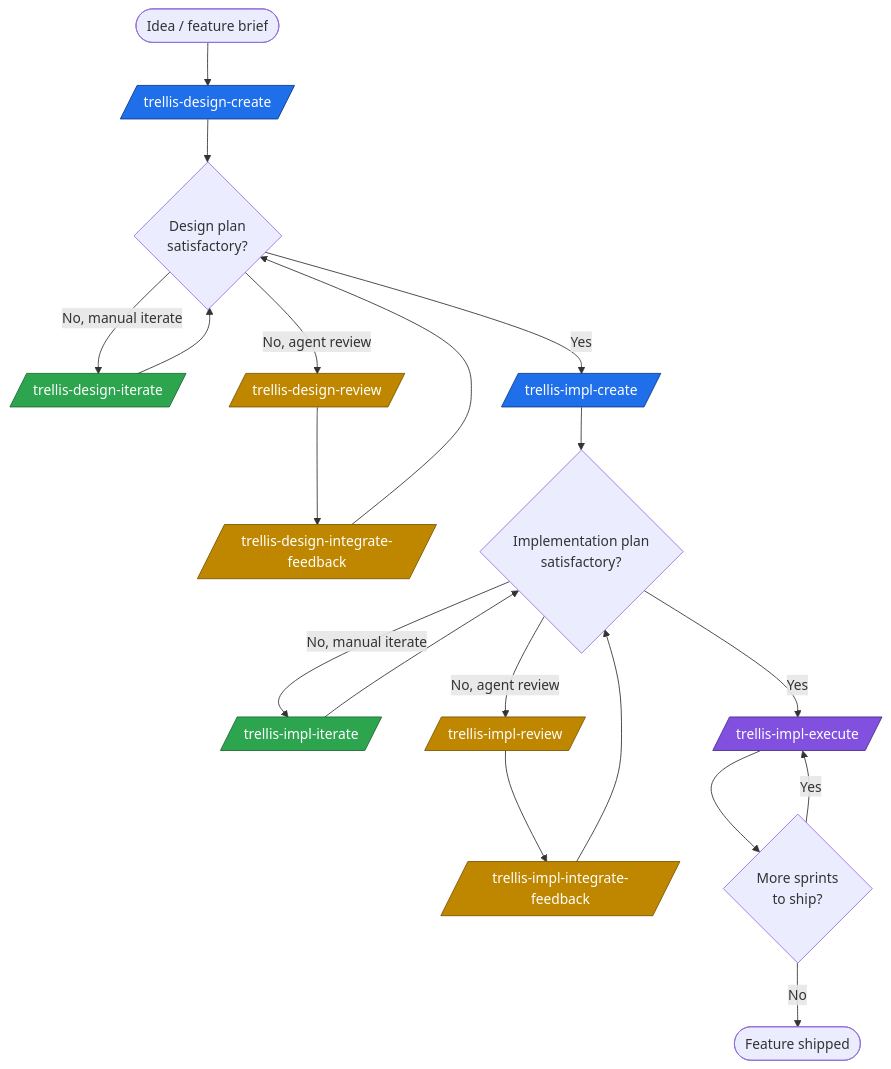
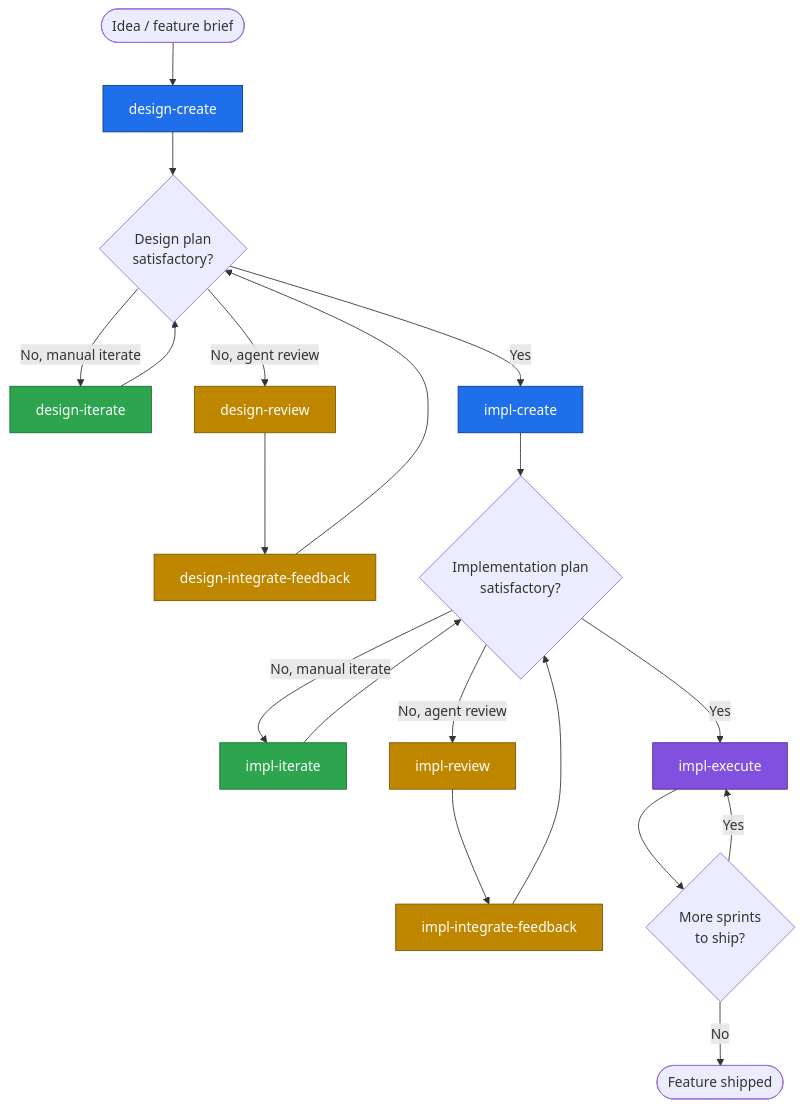
One commit to jmfieldman/Trellis changed the diagram in README.md. Above: the diagram before and after it, drawn with Mermaid. The commit also changed other lines of this file and 23 other files, not shown here.

````diff
--- a/README.md
+++ b/README.md
@@ -71,36 +71,36 @@
 ```mermaid
 flowchart TD
-    Start([Idea / feature brief]) --> DC[/trellis-design-create/]
+    Start([Idea / feature brief]) --> DC[design-create]
     DC --> DLoop{Design plan<br/>satisfactory?}
 
-    DLoop -- No, manual iterate --> DI[/trellis-design-iterate/]
+    DLoop -- No, manual iterate --> DI[design-iterate]
     DI --> DLoop
 
-    DLoop -- No, agent review --> DR[/trellis-design-review/]
-    DR --> DIF[/trellis-design-integrate-feedback/]
+    DLoop -- No, agent review --> DR[design-review]
+    DR --> DIF[design-integrate-feedback]
     DIF --> DLoop
 
-    DLoop -- Yes --> IC[/trellis-impl-create/]
+    DLoop -- Yes --> IC[impl-create]
     IC --> ILoop{Implementation plan<br/>satisfactory?}
 
-    ILoop -- No, manual iterate --> II[/trellis-impl-iterate/]
+    ILoop -- No, manual iterate --> II[impl-iterate]
     II --> ILoop
 
-    ILoop -- No, agent review --> IR[/trellis-impl-review/]
-    IR --> IIF[/trellis-impl-integrate-feedback/]
+    ILoop -- No, agent review --> IR[impl-review]
+    IR --> IIF[impl-integrate-feedback]
     IIF --> ILoop
 
-    ILoop -- Yes --> IE[/trellis-impl-execute/]
+    ILoop -- Yes --> IE[impl-execute]
     IE --> IELoop{More sprints<br/>to ship?}
     IELoop -- Yes --> IE
     IELoop -- No --> Done([Feature shipped])
 
     classDef create fill:#1f6feb,color:#fff,stroke:#0a3a8c
     classDef iterate fill:#2da44e,color:#fff,stroke:#1a6b30
     classDef review fill:#bf8700,color:#fff,stroke:#7a5600
     classDef execute fill:#8250df,color:#fff,stroke:#4a2a8a
     class DC,IC create
     class DI,II iterate
     class DR,DIF,IR,IIF review
     class IE execute
 ```
````
